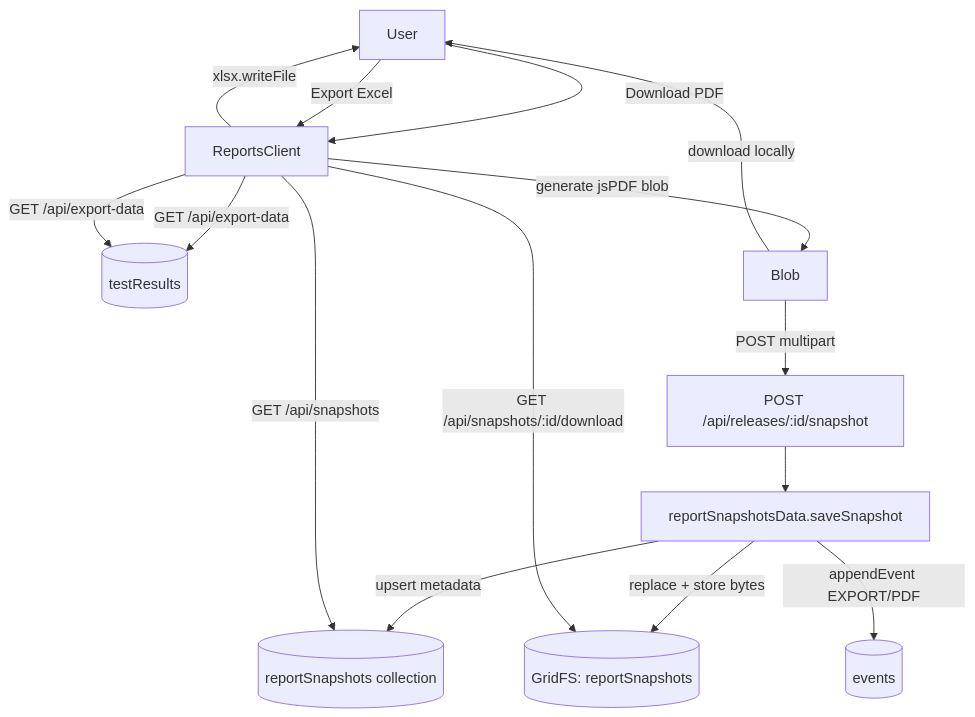
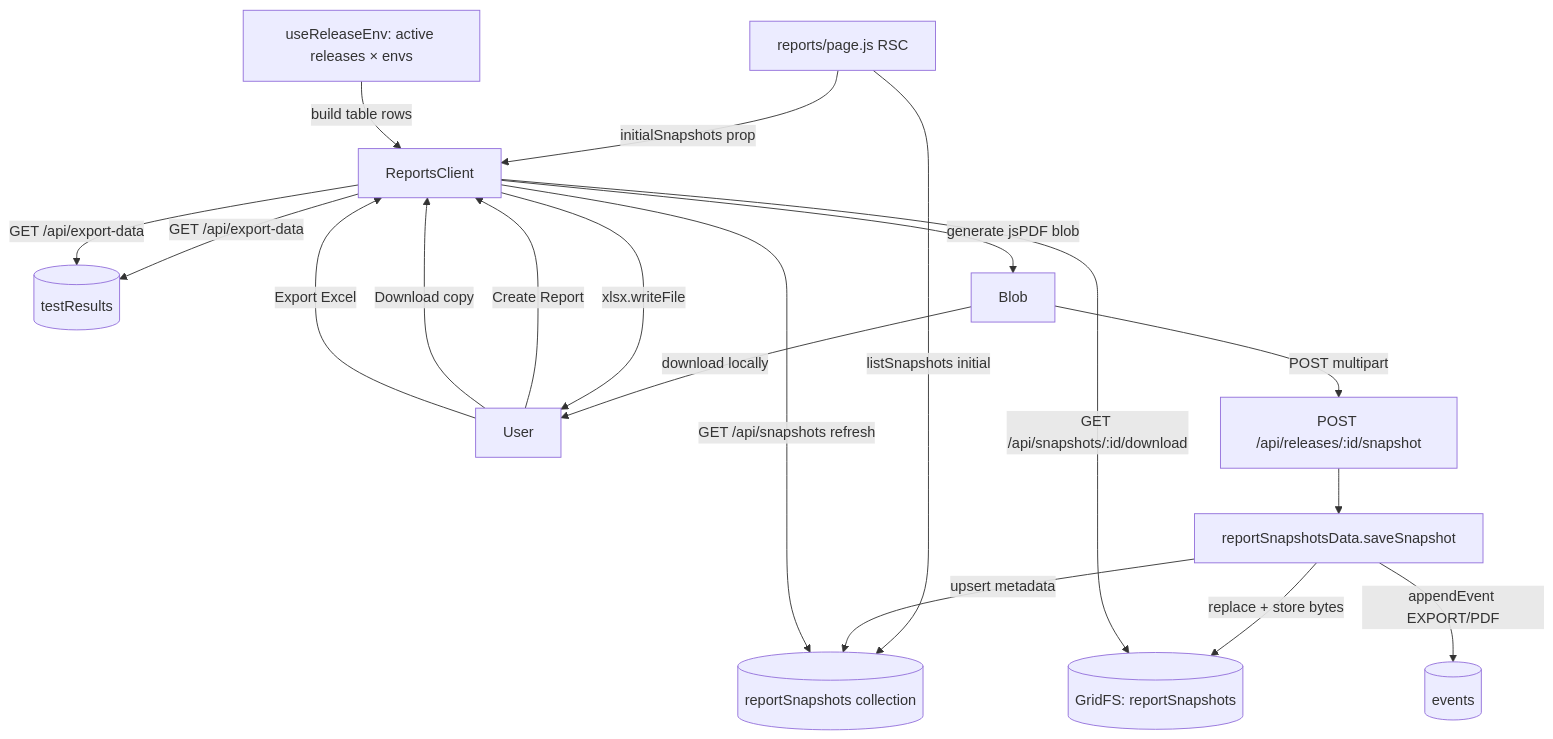
Before and after one commit to MariaRadius/Regression-Hub: the diagram in docs/superpowers/specs/2026-06-01-reports-pdf-snapshots-design.md, drawn with Mermaid. The commit also changed other lines of this file and 11 other files, not shown here.

First line of the commit message:
RXR-11849: rebuild reports as unified release-grouped report cards

````diff
--- a/docs/superpowers/specs/2026-06-01-reports-pdf-snapshots-design.md
+++ b/docs/superpowers/specs/2026-06-01-reports-pdf-snapshots-design.md
@@ -78,17 +87,21 @@
 ```mermaid
 flowchart TD
-    User -->|Download PDF| Client[ReportsClient]
+    Page[reports/page.js RSC] -->|listSnapshots initial| SnapMeta[(reportSnapshots collection)]
+    Page -->|initialSnapshots prop| Client[ReportsClient]
+    ReleaseCtx[useReleaseEnv: active releases × envs] -->|build table rows| Client
+    User -->|Create Report| Client
     Client -->|GET /api/export-data| ExportData[(testResults)]
     Client -->|generate jsPDF blob| Blob
     Blob -->|download locally| User
     Blob -->|POST multipart| SnapAPI[POST /api/releases/:id/snapshot]
     SnapAPI --> SnapData[reportSnapshotsData.saveSnapshot]
     SnapData -->|replace + store bytes| GridFS[(GridFS: reportSnapshots)]
-    SnapData -->|upsert metadata| SnapMeta[(reportSnapshots collection)]
+    SnapData -->|upsert metadata| SnapMeta
     SnapData -->|appendEvent EXPORT/PDF| Events[(events)]
-    Client -->|GET /api/snapshots| SnapMeta
+    Client -->|GET /api/snapshots refresh| SnapMeta
+    User -->|Download copy| Client
     Client -->|GET /api/snapshots/:id/download| GridFS
     User -->|Export Excel| Client
     Client -->|GET /api/export-data| ExportData
     Client -->|xlsx.writeFile| User
 ```
````
